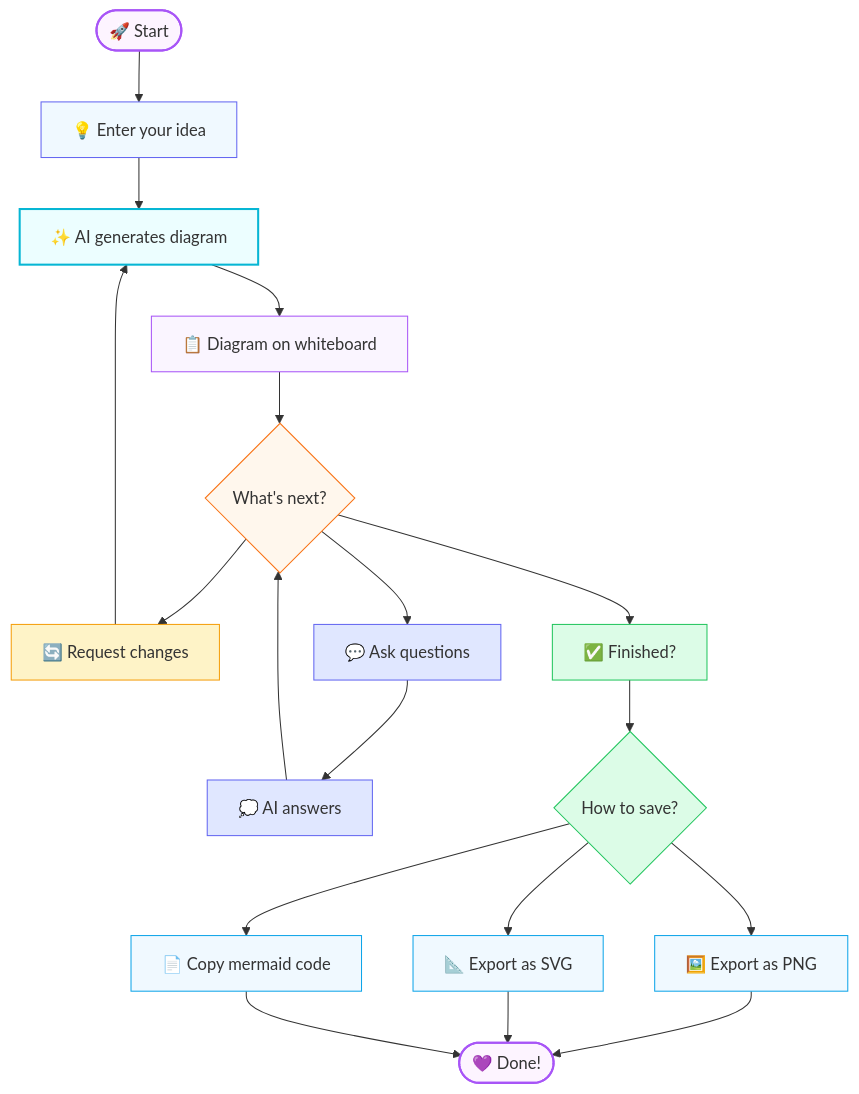
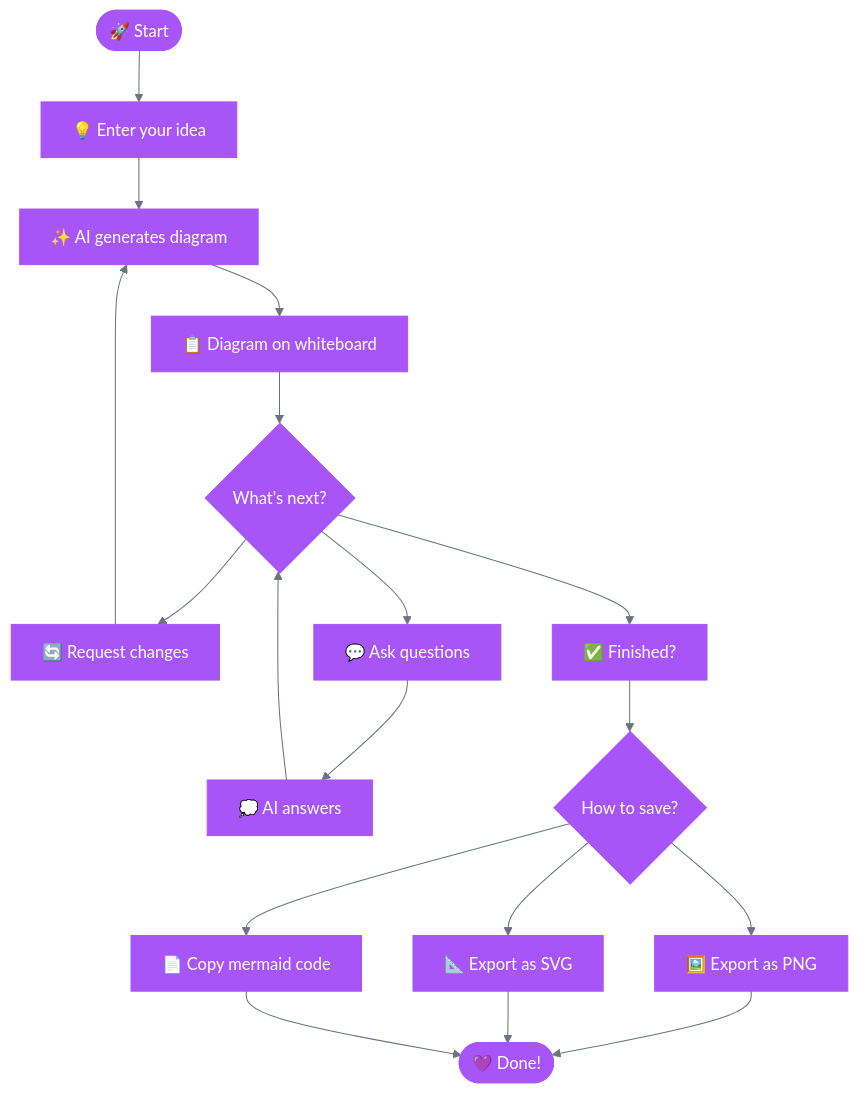
Before and after one commit to danmurf/instantcoffee: the diagram in README.md, drawn with Mermaid.

````diff
--- a/README.md
+++ b/README.md
@@ -49,42 +49,28 @@
 ```mermaid
+%%{init: {'theme': 'base', 'themeVariables': {'primaryColor': '#a855f7', 'primaryTextColor': '#fff', 'primaryBorderColor': '#a855f7', 'lineColor': '#6b7280', 'secondaryColor': '#6366f1', 'tertiaryColor': '#f3f4f6'}}}%%
 flowchart TD
     Start([🚀 Start]) --> Idea[💡 Enter your idea]
     
     Idea --> Generate[✨ AI generates diagram]
     Generate --> Whiteboard[📋 Diagram on whiteboard]
     
     Whiteboard --> Choice{What's next?}
     
     Choice --> Changes[🔄 Request changes]
     Changes --> Generate
     
     Choice --> Questions[💬 Ask questions]
     Questions --> Answer[💭 AI answers]
     Answer --> Choice
     
     Choice --> Done[✅ Finished?]
     Done --> Export{How to save?}
     
     Export --> PNG[🖼️ Export as PNG]
     Export --> SVG[📐 Export as SVG]
     Export --> Code[📄 Copy mermaid code]
     
     PNG --> End([💜 Done!])
     SVG --> End
     Code --> End
-    
-    style Start fill:#fdf4ff,stroke:#a855f7,stroke-width:2px
-    style Idea fill:#f0f9ff,stroke:#6366f1
-    style Generate fill:#ecfeff,stroke:#06b6d4,stroke-width:2px
-    style Whiteboard fill:#faf5ff,stroke:#a855f7
-    style Choice fill:#fff7ed,stroke:#f97316
-    style Changes fill:#fef3c7,stroke:#f59e0b
-    style Questions fill:#e0e7ff,stroke:#6366f1
-    style Answer fill:#e0e7ff,stroke:#6366f1
-    style Done fill:#dcfce7,stroke:#22c55e
-    style Export fill:#dcfce7,stroke:#22c55e
-    style PNG fill:#f0f9ff,stroke:#0ea5e9
-    style SVG fill:#f0f9ff,stroke:#0ea5e9
-    style Code fill:#f0f9ff,stroke:#0ea5e9
-    style End fill:#fdf4ff,stroke:#a855f7,stroke-width:2px
 ```
````
